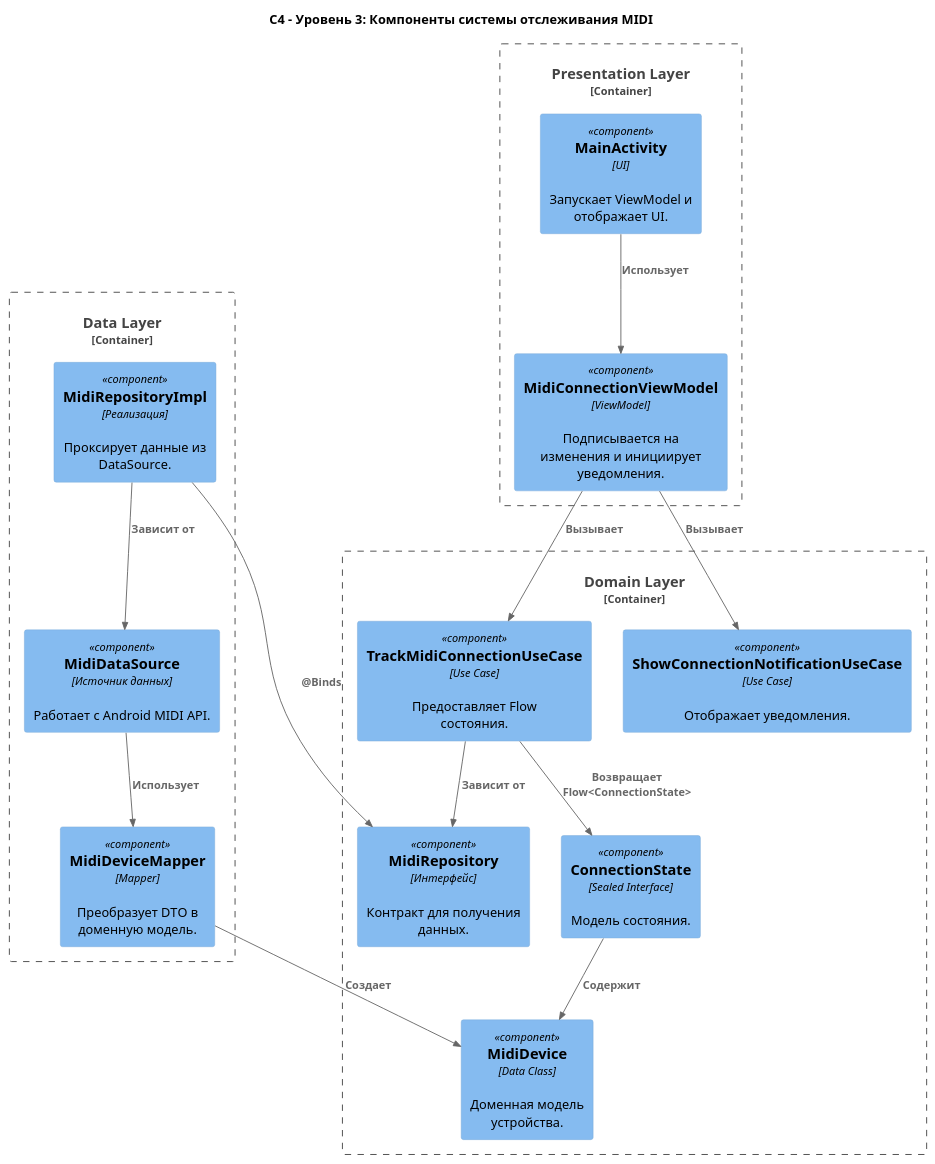
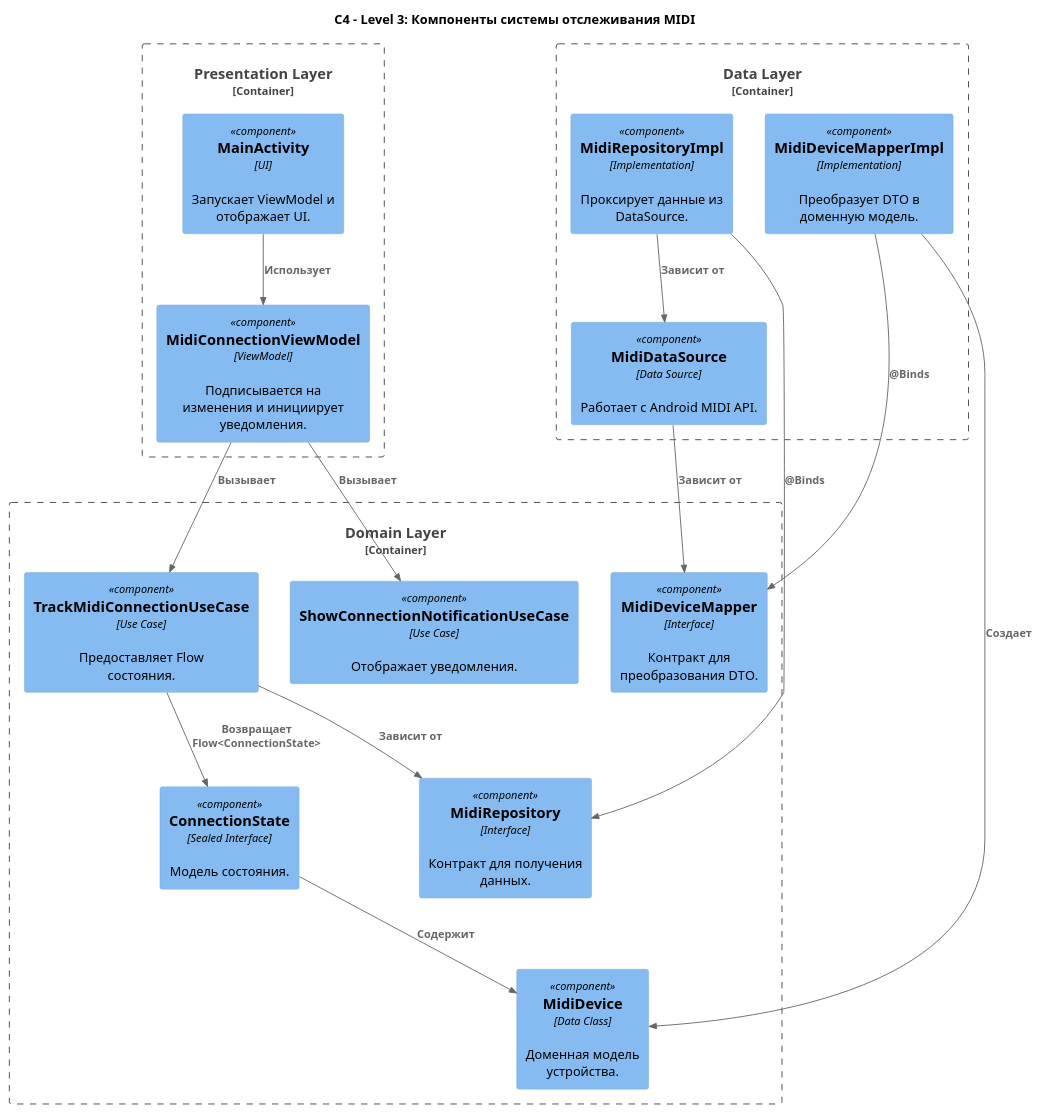
Before and after one commit to astrizhachuk/PianoFlow: the first of 3 diagrams in docs/ts/MIDI_CONNECTION.md, drawn with PlantUML. The commit also changed other lines of this file and 13 other files, not shown here.

Commit message:
refactor: упростить и улучшить код для работы с MIDI (промежуточно)

````diff
--- a/docs/ts/MIDI_CONNECTION.md
+++ b/docs/ts/MIDI_CONNECTION.md
@@ -35,40 +35,42 @@
 ```plantuml
 @startuml
 !include https://raw.githubusercontent.com/plantuml-stdlib/C4-PlantUML/master/C4_Component.puml
 
-title C4 - Уровень 3: Компоненты системы отслеживания MIDI
+title C4 - Level 3: Компоненты системы отслеживания MIDI
 
 Container_Boundary(presentation, "Presentation Layer") {
     Component(vm, "MidiConnectionViewModel", "ViewModel", "Подписывается на изменения и инициирует уведомления.")
     Component(activity, "MainActivity", "UI", "Запускает ViewModel и отображает UI.")
 }
 
 Container_Boundary(domain, "Domain Layer") {
     Component(track_uc, "TrackMidiConnectionUseCase", "Use Case", "Предоставляет Flow состояния.")
     Component(notify_uc, "ShowConnectionNotificationUseCase", "Use Case", "Отображает уведомления.")
-    Component(repo, "MidiRepository", "Интерфейс", "Контракт для получения данных.")
+    Component(repo, "MidiRepository", "Interface", "Контракт для получения данных.")
+    Component(mapper, "MidiDeviceMapper", "Interface", "Контракт для преобразования DTO.")
     Component(state, "ConnectionState", "Sealed Interface", "Модель состояния.")
     Component(device, "MidiDevice", "Data Class", "Доменная модель устройства.")
 }
 
 Container_Boundary(data, "Data Layer") {
-    Component(repo_impl, "MidiRepositoryImpl", "Реализация", "Проксирует данные из DataSource.")
-    Component(ds, "MidiDataSource", "Источник данных", "Работает с Android MIDI API.")
-    Component(mapper, "MidiDeviceMapper", "Mapper", "Преобразует DTO в доменную модель.")
+    Component(repo_impl, "MidiRepositoryImpl", "Implementation", "Проксирует данные из DataSource.")
+    Component(ds, "MidiDataSource", "Data Source", "Работает с Android MIDI API.")
+    Component(mapper_impl, "MidiDeviceMapperImpl", "Implementation", "Преобразует DTO в доменную модель.")
 }
 
 ' Связи
 Rel(activity, vm, "Использует")
 Rel(vm, track_uc, "Вызывает")
 Rel(vm, notify_uc, "Вызывает")
 Rel(track_uc, repo, "Зависит от")
 Rel(repo_impl, repo, "@Binds")
 Rel(repo_impl, ds, "Зависит от")
-Rel(ds, mapper, "Использует")
+Rel(ds, mapper, "Зависит от")
+Rel(mapper_impl, mapper, "@Binds")
 Rel(track_uc, state, "Возвращает Flow<ConnectionState>")
 
 Rel(state, device, "Содержит")
-Rel(mapper, device, "Создает")
+Rel(mapper_impl, device, "Создает")
 
 @enduml
 ```
````
